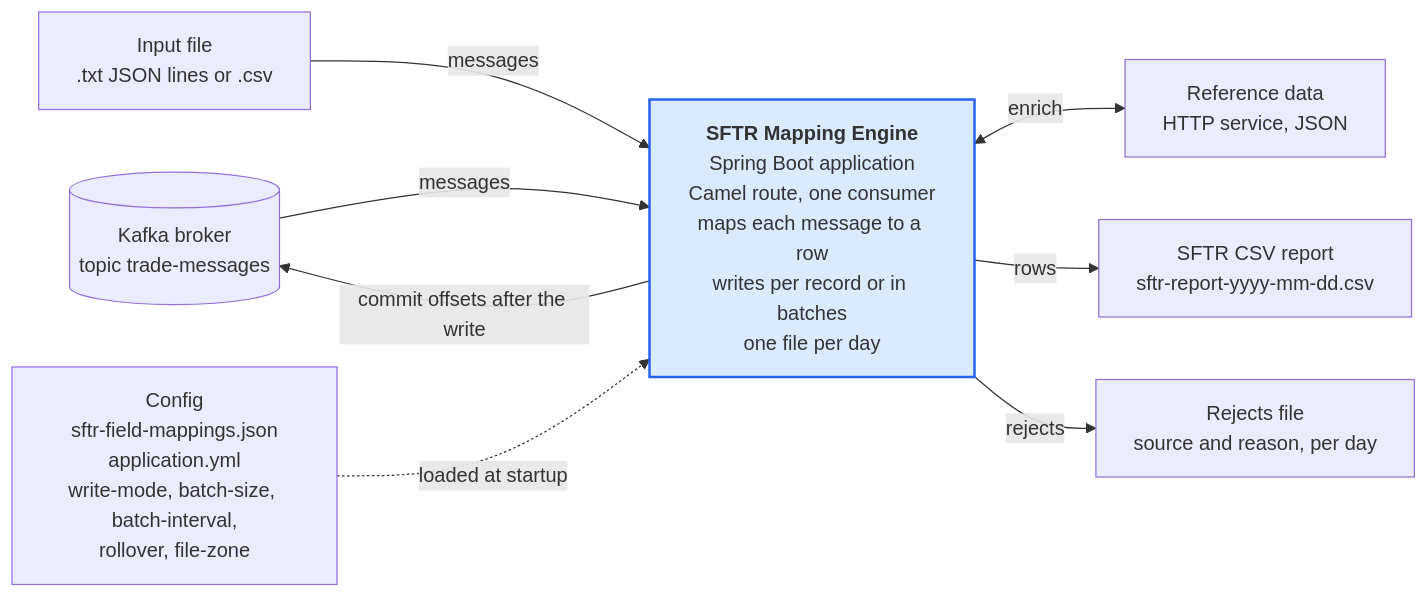
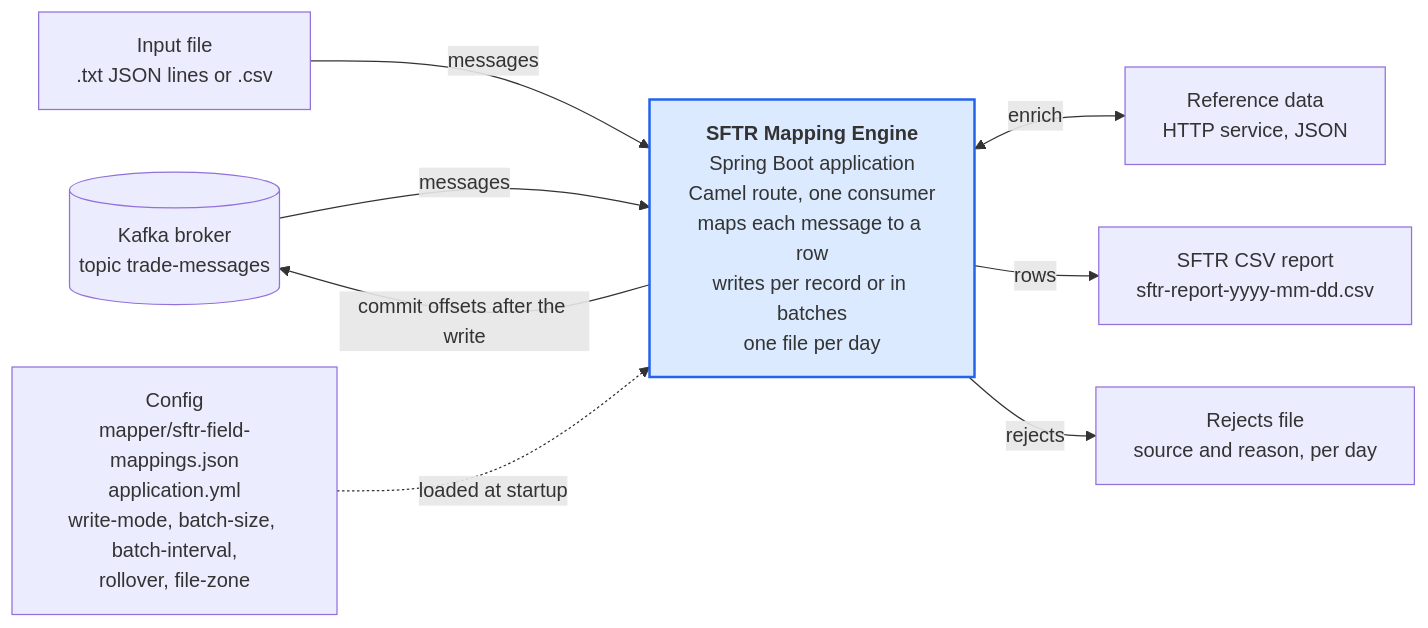
The second of 9 diagrams in docs/c4-architecture.md (shanregs/msg-transformer), drawn with Mermaid before and after one commit. The commit also changed other lines of this file and 8 other files, not shown here.

````diff
--- a/docs/c4-architecture.md
+++ b/docs/c4-architecture.md
@@ -26,13 +26,13 @@
 ```mermaid
 flowchart LR
     kafka[("Kafka broker<br/>topic trade-messages")] -->|messages| engine
     engine -->|commit offsets after the write| kafka
     file["Input file<br/>.txt JSON lines or .csv"] -->|messages| engine
-    cfg["Config<br/>sftr-field-mappings.json<br/>application.yml<br/>write-mode, batch-size, batch-interval,<br/>rollover, file-zone"] -.->|loaded at startup| engine
+    cfg["Config<br/>mapper/sftr-field-mappings.json<br/>application.yml<br/>write-mode, batch-size, batch-interval,<br/>rollover, file-zone"] -.->|loaded at startup| engine
     engine["<b>SFTR Mapping Engine</b><br/>Spring Boot application<br/>Camel route, one consumer<br/>maps each message to a row<br/>writes per record or in batches<br/>one file per day"]
     engine <-->|enrich| ref["Reference data<br/>HTTP service, JSON"]
     engine -->|rows| csv["SFTR CSV report<br/>sftr-report-yyyy-mm-dd.csv"]
     engine -->|rejects| rej["Rejects file<br/>source and reason, per day"]
 
     style engine fill:#dbeafe,stroke:#2563eb,stroke-width:2px
 ```
````
